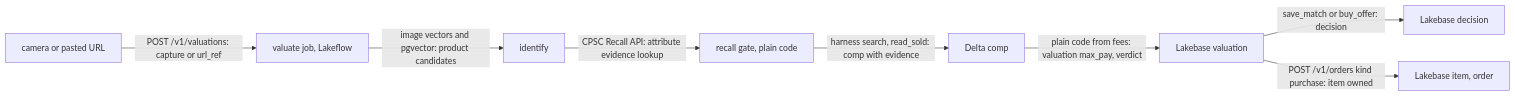
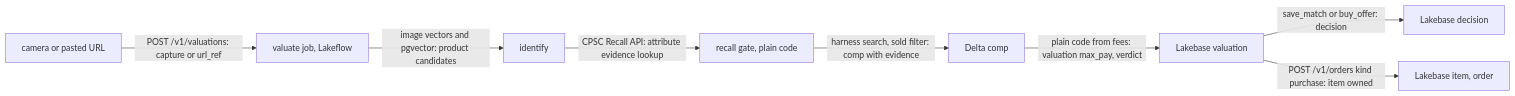
One commit to benverhaalen/secondhand changed the diagram in spec/features/appraise.md. Above: the diagram before and after it, drawn with Mermaid. The commit also changed other lines of this file and 6 other files, not shown here.

````diff
--- a/spec/features/appraise.md
+++ b/spec/features/appraise.md
@@ -96,10 +96,10 @@
 ```mermaid
 flowchart LR
   P["camera or pasted URL"] -->|"POST /v1/valuations: capture or url_ref"| J["valuate job, Lakeflow"]
   J -->|"image vectors and pgvector: product candidates"| I["identify"]
   I -->|"CPSC Recall API: attribute evidence lookup"| R["recall gate, plain code"]
-  R -->|"harness search, read_sold: comp with evidence"| C["Delta comp"]
+  R -->|"harness search, sold filter: comp with evidence"| C["Delta comp"]
   C -->|"plain code from fees: valuation max_pay, verdict"| L["Lakebase valuation"]
   L -->|"save_match or buy_offer: decision"| D["Lakebase decision"]
   L -->|"POST /v1/orders kind purchase: item owned"| O["Lakebase item, order"]
 ```
````
